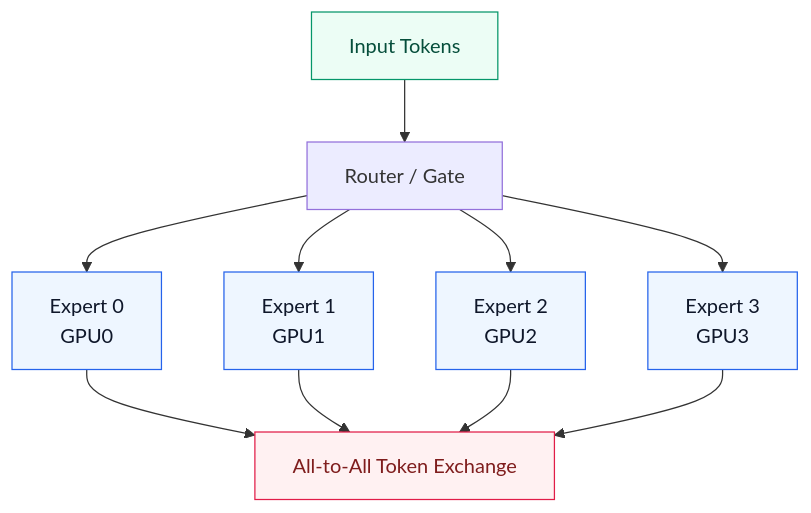
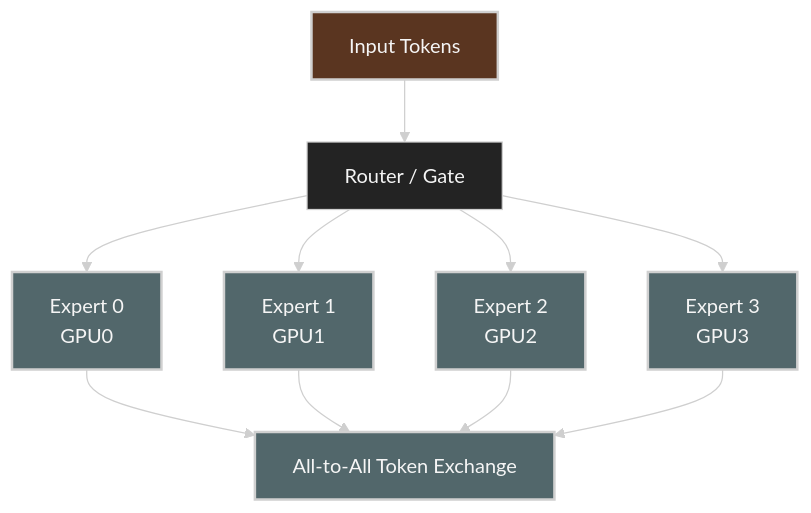
Diagram 11 of 12 in deep-learning-for-network-engineers/week03/README.md (ziwon/ai-data-center-network), drawn with Mermaid before and after one commit. The commit also changed other lines of this file and 35 other files, not shown here.

Commit message:
docs(mermaid): apply dark diagram style

````diff
--- a/deep-learning-for-network-engineers/week03/README.md
+++ b/deep-learning-for-network-engineers/week03/README.md
@@ -590,18 +600,19 @@
 ```mermaid
+%%{init: {"theme": "base", "themeVariables": {"background": "#171717", "primaryColor": "#232323", "primaryTextColor": "#f5f5f5", "primaryBorderColor": "#d0d0d0", "lineColor": "#cfcfcf", "fontFamily": "Inter, Arial, sans-serif"}}}%%
 flowchart TB
-    classDef gpu fill:#eef6ff,stroke:#2563eb,color:#0f172a
-    classDef token fill:#ecfdf5,stroke:#059669,color:#064e3b
-    classDef warn fill:#fff1f2,stroke:#e11d48,color:#7f1d1d
+    classDef gpu fill:#52676b,stroke:#d0d0d0,color:#f5f5f5,stroke-width:2px;
+    classDef token fill:#5a3520,stroke:#d0d0d0,color:#f5f5f5,stroke-width:2px;
+    classDef warn fill:#52676b,stroke:#d0d0d0,color:#f5f5f5,stroke-width:2px;
 
     T[Input Tokens]:::token --> R[Router / Gate]
 
     R --> E0[Expert 0<br/>GPU0]:::gpu
     R --> E1[Expert 1<br/>GPU1]:::gpu
     R --> E2[Expert 2<br/>GPU2]:::gpu
     R --> E3[Expert 3<br/>GPU3]:::gpu
 
     E0 --> A2A[All-to-All Token Exchange]:::warn
     E1 --> A2A
     E2 --> A2A
     E3 --> A2A
 ```
````
